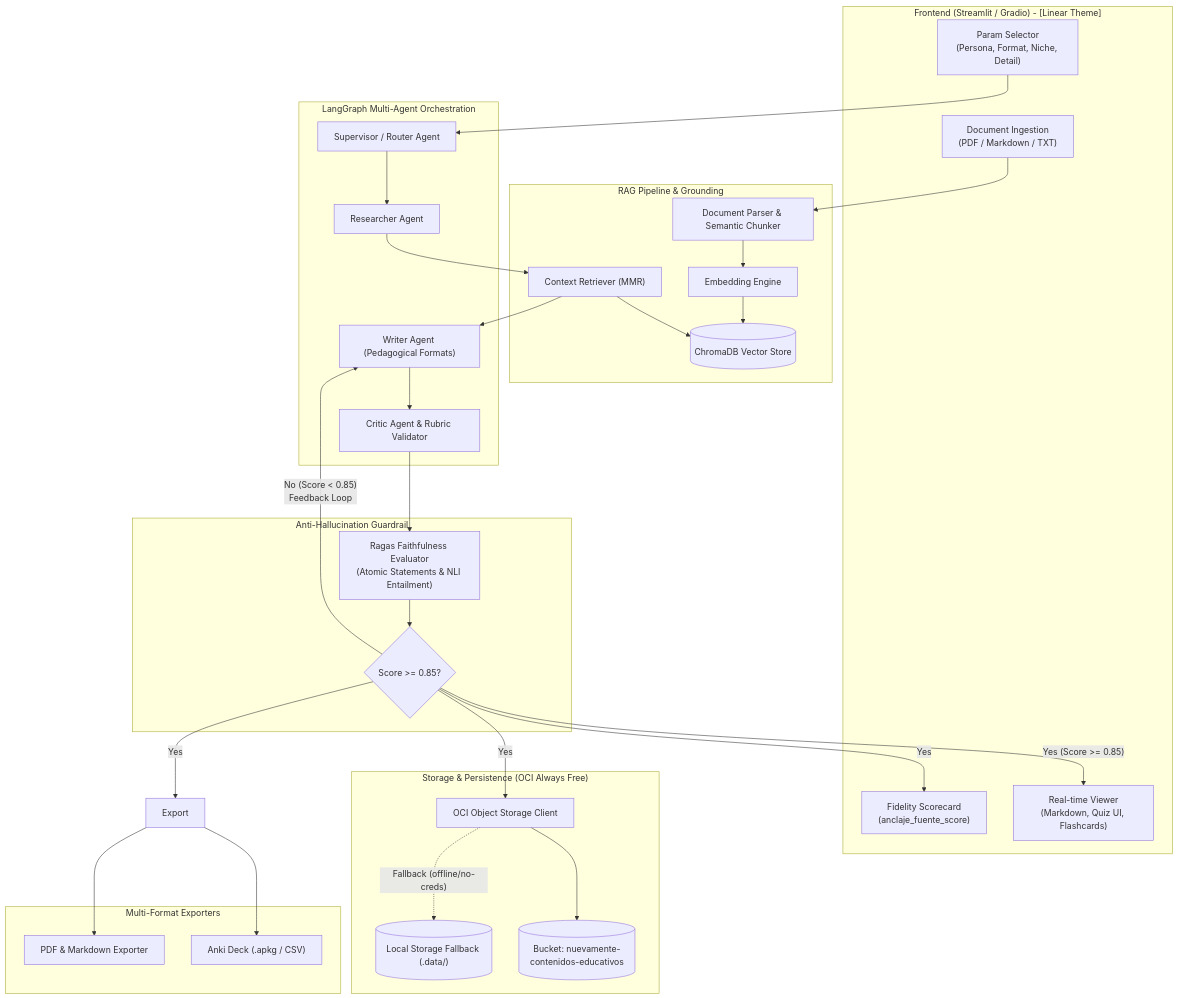
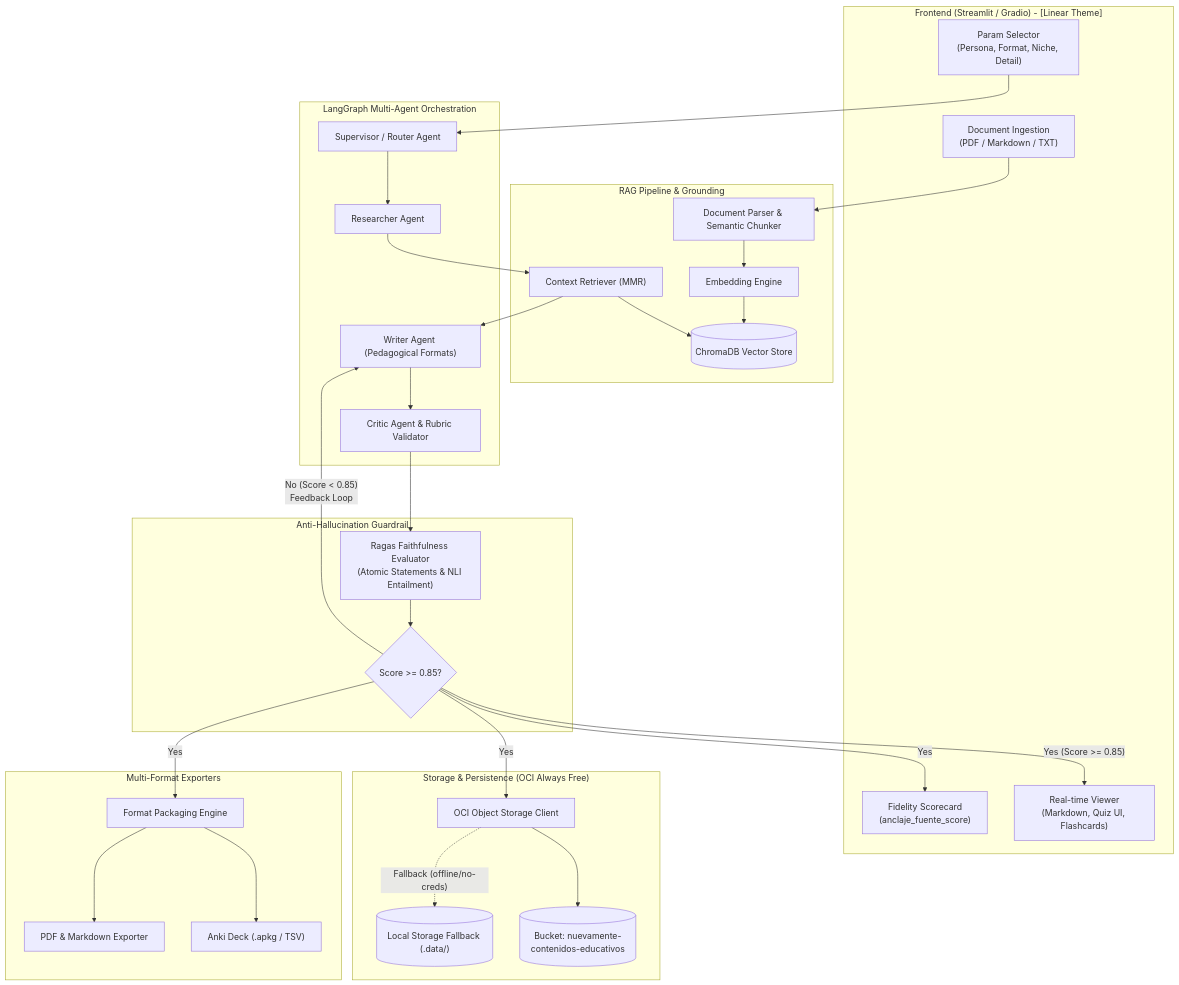
The diagram in .agents/skills/archify-system-design/SKILL.md (No-Country-simulation/G10-Equipo38-NuevaMente), drawn with Mermaid before and after one commit. The commit also changed 23 other files, not shown here.

````diff
--- a/.agents/skills/archify-system-design/SKILL.md
+++ b/.agents/skills/archify-system-design/SKILL.md
@@ -42,60 +42,61 @@
 ```mermaid
 flowchart TB
     subgraph UI ["Frontend (Streamlit / Gradio) - [Linear Theme]"]
         DocInput["Document Ingestion<br/>(PDF / Markdown / TXT)"]
         Params["Param Selector<br/>(Persona, Format, Niche, Detail)"]
         Display["Real-time Viewer<br/>(Markdown, Quiz UI, Flashcards)"]
         ScoreWidget["Fidelity Scorecard<br/>(anclaje_fuente_score)"]
     end
 
     subgraph RAG ["RAG Pipeline & Grounding"]
         Parser["Document Parser & Semantic Chunker"]
         Embedder["Embedding Engine"]
         Chroma[("ChromaDB Vector Store")]
         Retriever["Context Retriever (MMR)"]
     end
 
     subgraph AGENTS ["LangGraph Multi-Agent Orchestration"]
         Supervisor["Supervisor / Router Agent"]
         Researcher["Researcher Agent"]
         Writer["Writer Agent (Pedagogical Formats)"]
         Critic["Critic Agent & Rubric Validator"]
     end
 
     subgraph VERIFICATION ["Anti-Hallucination Guardrail"]
         RagasFaithfulness["Ragas Faithfulness Evaluator<br/>(Atomic Statements & NLI Entailment)"]
         Threshold{"Score >= 0.85?"}
     end
 
     subgraph STORAGE ["Storage & Persistence (OCI Always Free)"]
         OCIClient["OCI Object Storage Client"]
         Bucket[("Bucket: nuevamente-contenidos-educativos")]
         MockFallback[("Local Storage Fallback (.data/)")]
     end
 
     subgraph EXPORT ["Multi-Format Exporters"]
-        AnkiExport["Anki Deck (.apkg / CSV)"]
+        ExportRouter["Format Packaging Engine"]
+        AnkiExport["Anki Deck (.apkg / TSV)"]
         DocExport["PDF & Markdown Exporter"]
+        ExportRouter --> AnkiExport
+        ExportRouter --> DocExport
     end
 
     %% Flows
     DocInput --> Parser --> Embedder --> Chroma
     Params --> Supervisor
     Supervisor --> Researcher
     Researcher --> Retriever --> Chroma
     Retriever --> Writer
     Writer --> Critic
     Critic --> RagasFaithfulness
     RagasFaithfulness --> Threshold
 
     Threshold -- "No (Score < 0.85)<br/>Feedback Loop" --> Writer
     Threshold -- "Yes (Score >= 0.85)" --> Display
     Threshold -- "Yes" --> ScoreWidget
     Threshold -- "Yes" --> OCIClient
-    Threshold -- "Yes" --> Export
+    Threshold -- "Yes" --> ExportRouter
 
     OCIClient --> Bucket
     OCIClient -. "Fallback (offline/no-creds)" .-> MockFallback
-    Export --> AnkiExport
-    Export --> DocExport
 ```
````
